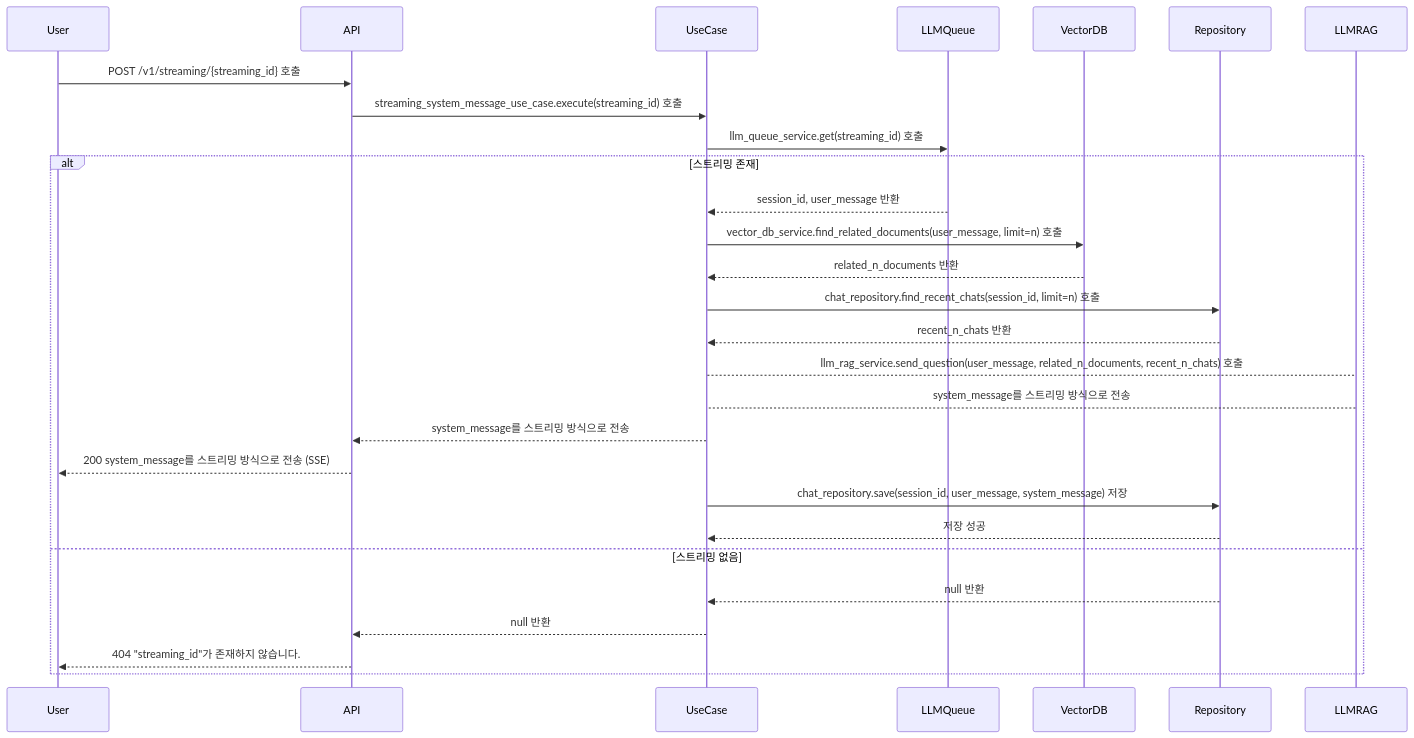
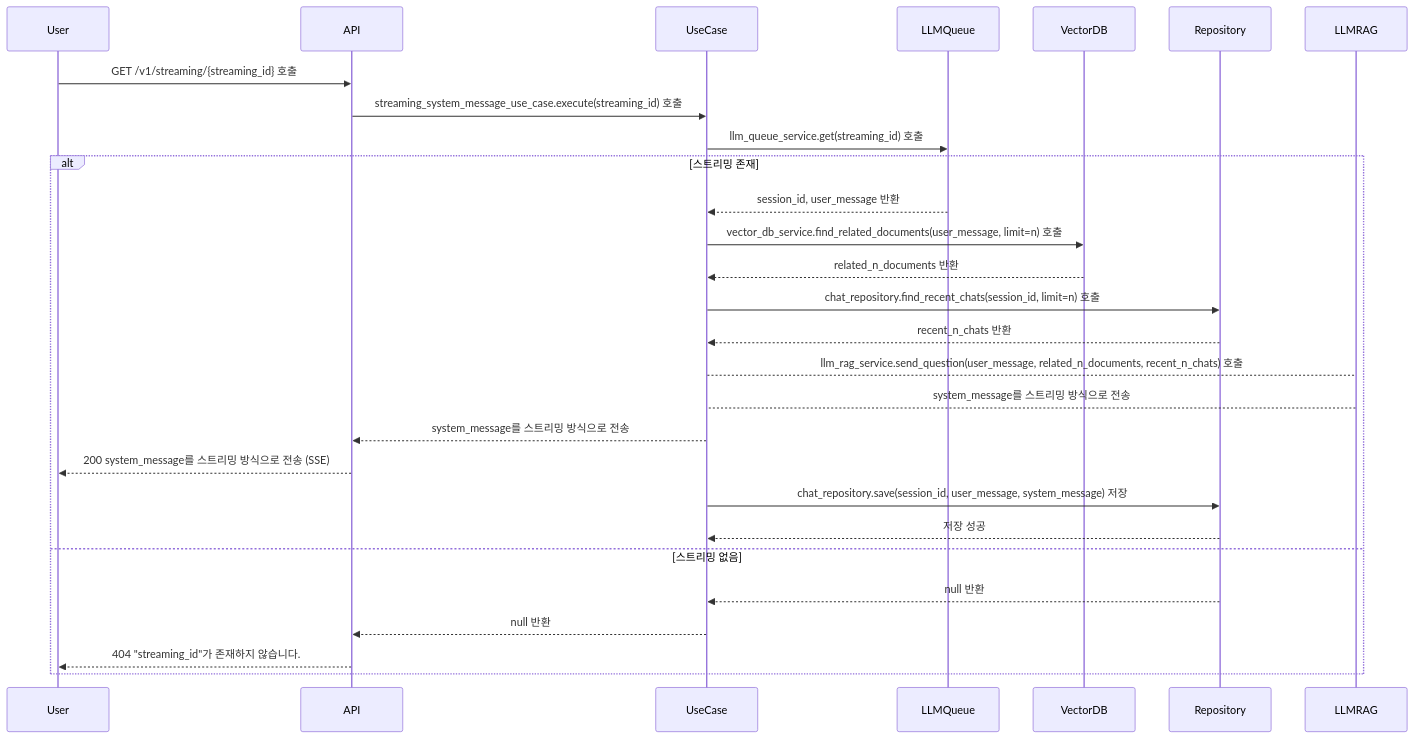
One commit to JeHwanYoo/naver-smart-store-rag-chatbot changed the fourth of 4 diagrams in README.md. Above: the diagram before and after it, drawn with Mermaid. The commit also changed 1 other file, not shown here.

Commit message:
🐛fix(controller): SSE를 고려하여 GET 메서드로 변경

````diff
--- a/README.md
+++ b/README.md
@@ -240,23 +240,23 @@
 ```mermaid
 sequenceDiagram
-    User ->> API: POST /v1/streaming/{streaming_id} 호출
+    User ->> API: GET /v1/streaming/{streaming_id} 호출
     API ->> UseCase: streaming_system_message_use_case.execute(streaming_id) 호출
     UseCase ->> LLMQueue: llm_queue_service.get(streaming_id) 호출
     alt 스트리밍 존재
         LLMQueue -->> UseCase: session_id, user_message 반환
         UseCase ->> VectorDB: vector_db_service.find_related_documents(user_message, limit=n) 호출
         VectorDB -->> UseCase: related_n_documents 반환
         UseCase ->> Repository: chat_repository.find_recent_chats(session_id, limit=n) 호출
         Repository -->> UseCase: recent_n_chats 반환
         UseCase --> LLMRAG: llm_rag_service.send_question(user_message, related_n_documents, recent_n_chats) 호출
         LLMRAG --> UseCase: system_message를 스트리밍 방식으로 전송
         UseCase -->> API: system_message를 스트리밍 방식으로 전송
         API -->> User: 200 system_message를 스트리밍 방식으로 전송 (SSE)
         UseCase ->> Repository: chat_repository.save(session_id, user_message, system_message) 저장
         Repository -->> UseCase: 저장 성공
     else 스트리밍 없음
         Repository -->> UseCase: null 반환
         UseCase -->> API: null 반환
         API -->> User: 404 "streaming_id"가 존재하지 않습니다.
     end
 ```
````
